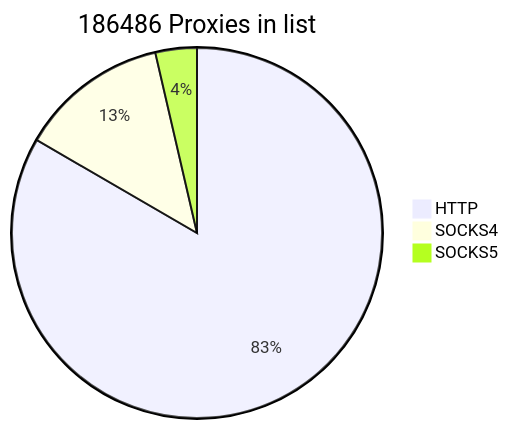
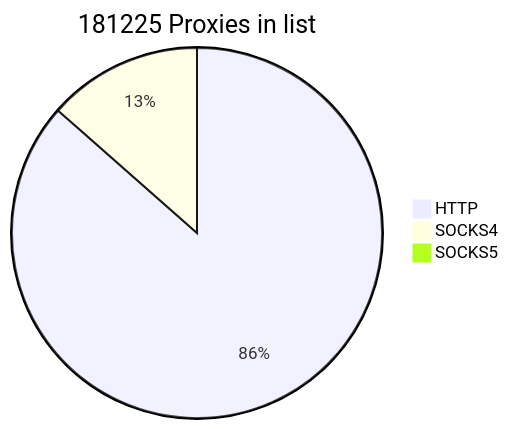
Before and after one commit to cutipu/proxylist: the first of 2 diagrams in README.md, drawn with Mermaid. The commit also changed other lines of this file, not shown here.

````diff
--- a/README.md
+++ b/README.md
@@ -2,7 +2,7 @@
 ```mermaid
-pie title 186486 Proxies in list
+pie title 181225 Proxies in list
     "HTTP" : 155461
     "SOCKS4" : 24277
-    "SOCKS5" : 6748
+    "SOCKS5" : 1487
             
 ```
````
